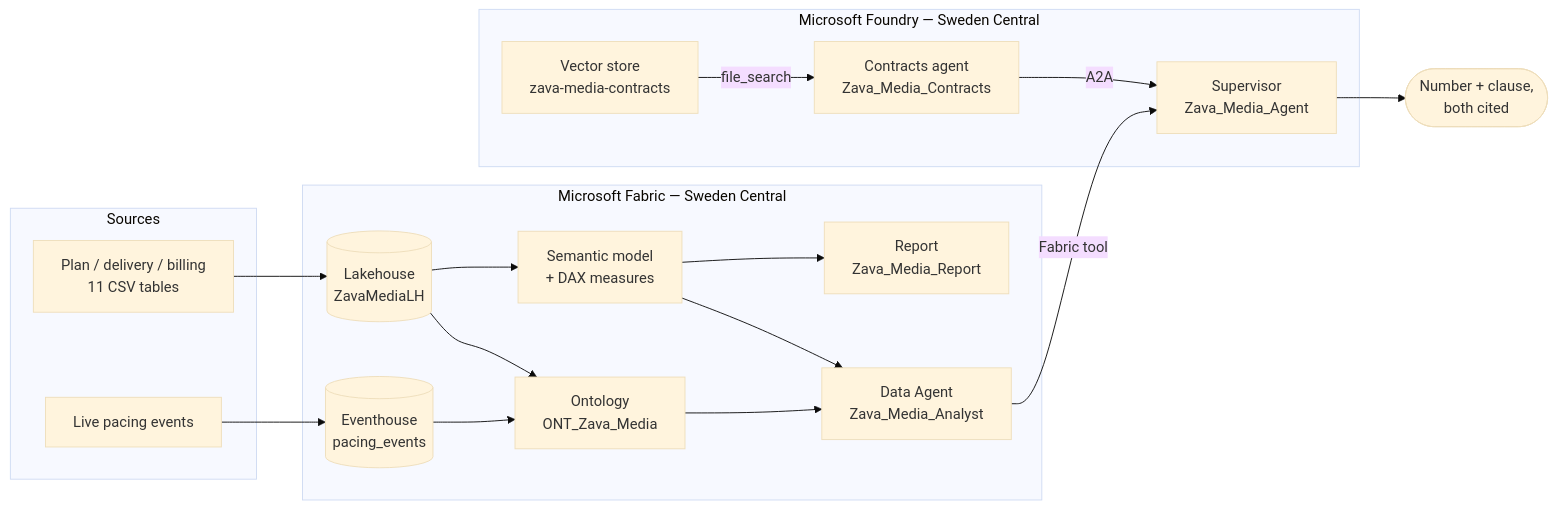
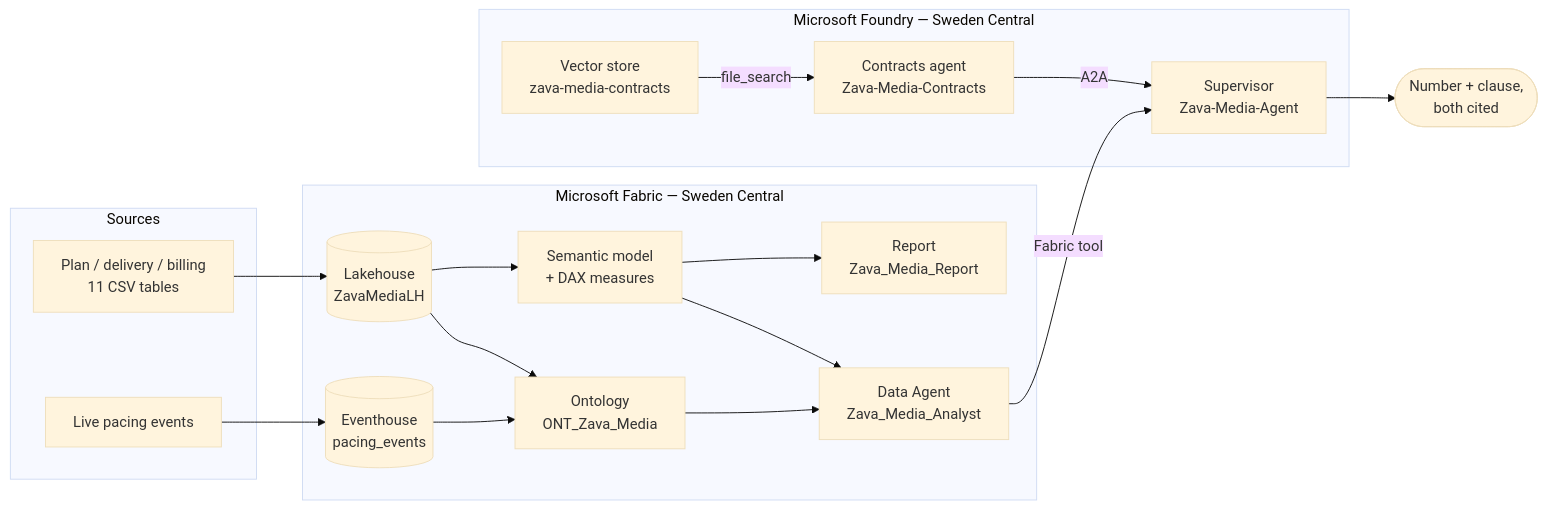
One commit to Statyx/Fab-Zava-Media changed the diagram in README.md. Above: the diagram before and after it, drawn with Mermaid (base theme). The commit also changed other lines of this file and 9 other files, not shown here.

````diff
--- a/README.md
+++ b/README.md
@@ -104,35 +104,35 @@
 ```mermaid
 flowchart LR
   subgraph src[Sources]
     CSV[Plan / delivery / billing<br/>11 CSV tables]
     PACE[Live pacing events]
   end
 
   subgraph fabric[Microsoft Fabric — Sweden Central]
     LH[(Lakehouse<br/>ZavaMediaLH)]
     EH[(Eventhouse<br/>pacing_events)]
     ONT[Ontology<br/>ONT_Zava_Media]
     SM[Semantic model<br/>+ DAX measures]
     DA[Data Agent<br/>Zava_Media_Analyst]
     RPT[Report<br/>Zava_Media_Report]
   end
 
   subgraph foundry[Microsoft Foundry — Sweden Central]
     KB[Vector store<br/>zava-media-contracts]
-    CTR[Contracts agent<br/>Zava_Media_Contracts]
-    ORCH[Supervisor<br/>Zava_Media_Agent]
+    CTR[Contracts agent<br/>Zava-Media-Contracts]
+    ORCH[Supervisor<br/>Zava-Media-Agent]
   end
 
   CSV --> LH
   PACE --> EH
   LH --> ONT
   EH --> ONT
   LH --> SM
   ONT --> DA
   SM --> DA
   SM --> RPT
   DA -->|Fabric tool| ORCH
   KB -->|file_search| CTR
   CTR -->|A2A| ORCH
   ORCH --> ANS([Number + clause,<br/>both cited])
 ```
````
